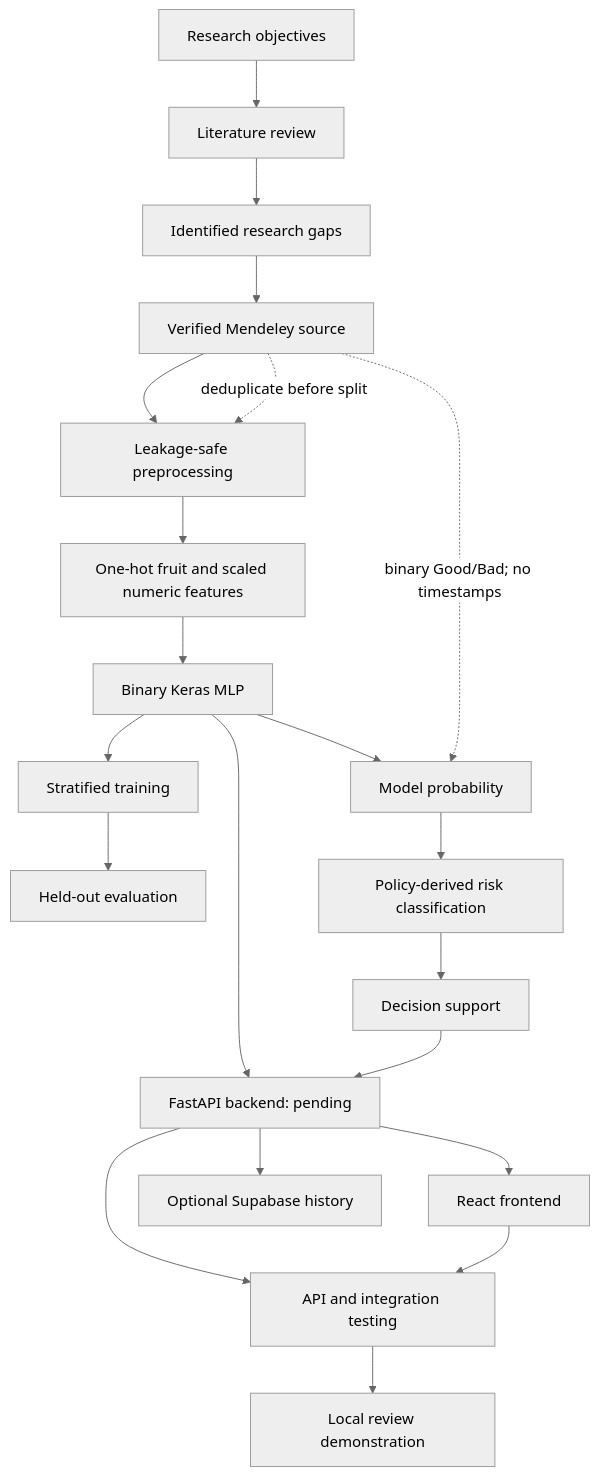
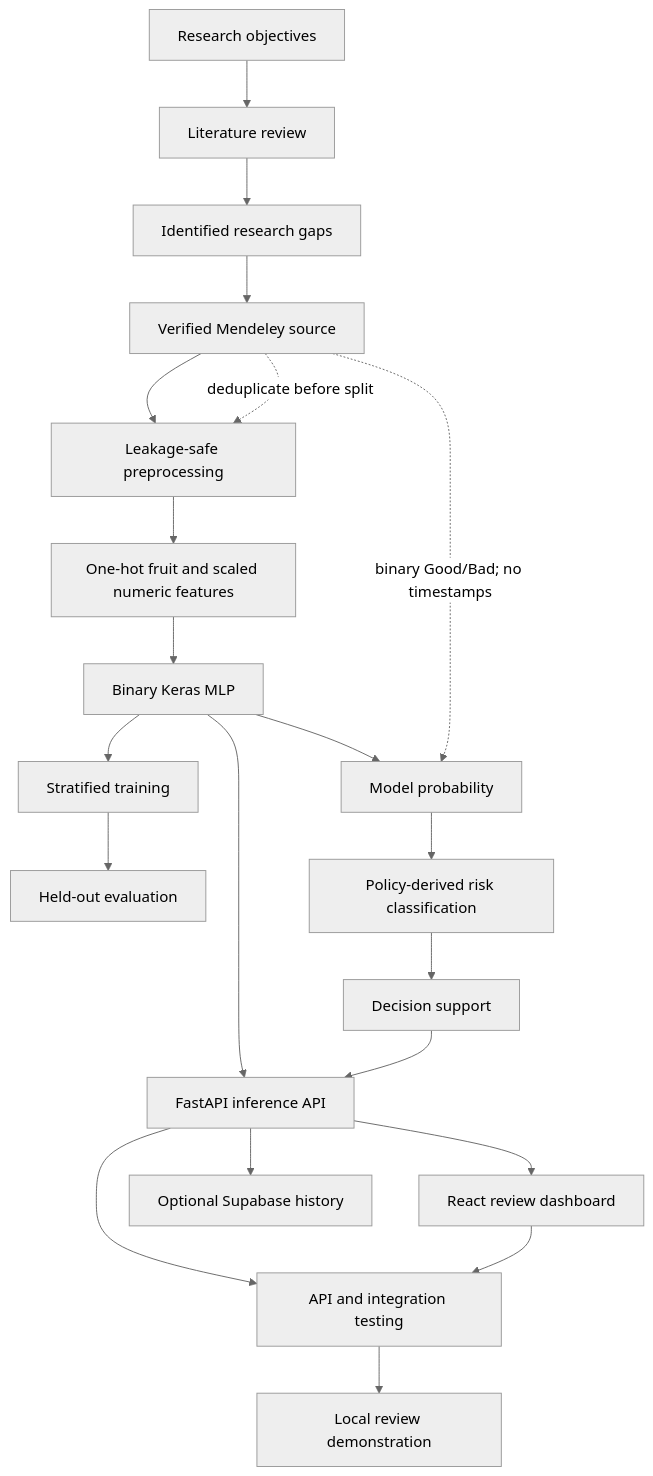
Before and after one commit to KapArnav/food-spoilage-risk-prediction: the diagram in docs/project_graph.mmd, drawn with Mermaid (neutral theme). The commit also changed 24 other files, not shown here.

```diff
--- a/docs/project_graph.mmd
+++ b/docs/project_graph.mmd
@@ -1,21 +1,21 @@
 flowchart TD
     objectives[Research objectives] --> literature[Literature review]
     literature --> gaps[Identified research gaps]
     gaps --> dataset[Verified Mendeley source]
     dataset --> preprocessing[Leakage-safe preprocessing]
     preprocessing --> features[One-hot fruit and scaled numeric features]
     features --> neural[Binary Keras MLP]
     neural --> training[Stratified training]
     training --> evaluation[Held-out evaluation]
     neural --> probability[Model probability]
     probability --> risk[Policy-derived risk classification]
     risk --> decision[Decision support]
-    neural --> backend[FastAPI backend: pending]
+    neural --> backend[FastAPI inference API]
     decision --> backend
-    backend --> frontend[React frontend]
+    backend --> frontend[React review dashboard]
     backend --> supabase[Optional Supabase history]
     backend --> testing[API and integration testing]
     frontend --> testing
     testing --> deployment[Local review demonstration]
     dataset -.->|binary Good/Bad; no timestamps| probability
     dataset -.->|deduplicate before split| preprocessing
```
